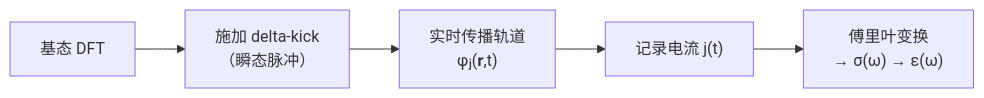
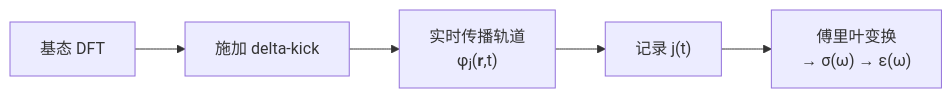
Before and after one commit to photonics-dhl/Self-learning: the third of 4 diagrams in Obsidian-Vault/1️⃣ 学科基础/📁 08 DFT_TDDFT/15_DFT_TDDFT.md, drawn with Mermaid. The commit also changed other lines of this file, not shown here.

Commit message:
feat: thicken 15_DFT_TDDFT 310→615 lines (HK derivation, Casida eq, GW/BSE, VASP/Octopus workflow, Si benchmark)

````diff
--- a/Obsidian-Vault/1️⃣ 学科基础/📁 08 DFT_TDDFT/15_DFT_TDDFT.md
+++ b/Obsidian-Vault/1️⃣ 学科基础/📁 08 DFT_TDDFT/15_DFT_TDDFT.md
@@ -206,7 +453,7 @@
 ```mermaid
 graph LR
-    A["基态 DFT"] --> B["施加 delta-kick<br>（瞬态脉冲）"]
+    A["基态 DFT"] --> B["施加 delta-kick"]
     B --> C["实时传播轨道<br>φⱼ(𝐫,t)"]
-    C --> D["记录电流 j(t)"]
+    C --> D["记录 j(t)"]
     D --> E["傅里叶变换<br>→ σ(ω) → ε(ω)"]
 ```
````
